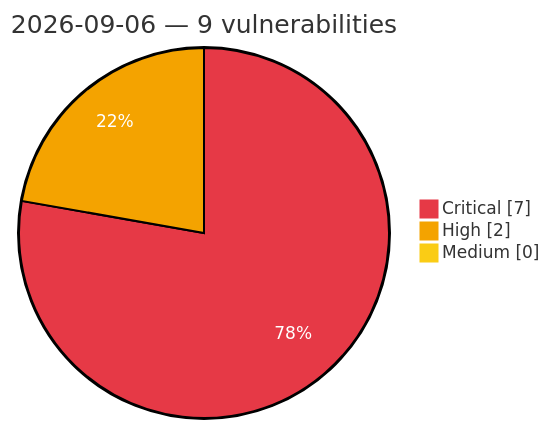
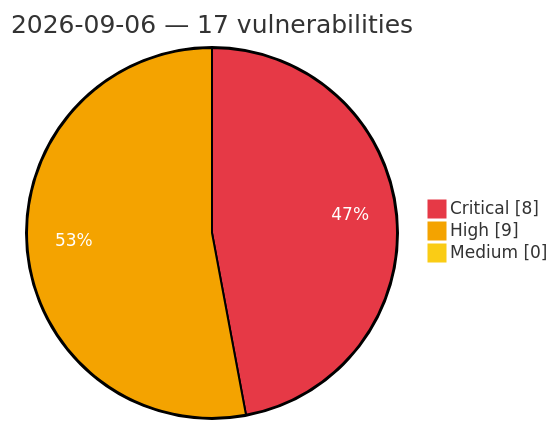
The diagram in vulnerabilities/2026/September/2026-09-06.md (GhostX0X/vuln-tracker), drawn with Mermaid before and after one commit. The commit also changed other lines of this file and 5 other files, not shown here.

Commit message:
Auto update: critical/high vulns (2026-09-06 13:08 UTC)

````diff
--- a/vulnerabilities/2026/September/2026-09-06.md
+++ b/vulnerabilities/2026/September/2026-09-06.md
@@ -3,8 +3,8 @@
 ```mermaid
 %%{init: {'theme':'base', 'themeVariables': {'pie1':'#e63946', 'pie2':'#f4a300', 'pie3':'#facc15', 'pieOpacity':'1', 'pieOuterStrokeWidth':'2px', 'pieSectionTextColor':'#ffffff'}}}%%
 pie showData
-    title 2026-09-06 — 9 vulnerabilities
-    "Critical" : 7
-    "High" : 2
+    title 2026-09-06 — 17 vulnerabilities
+    "Critical" : 8
+    "High" : 9
     "Medium" : 0
 ```
````
